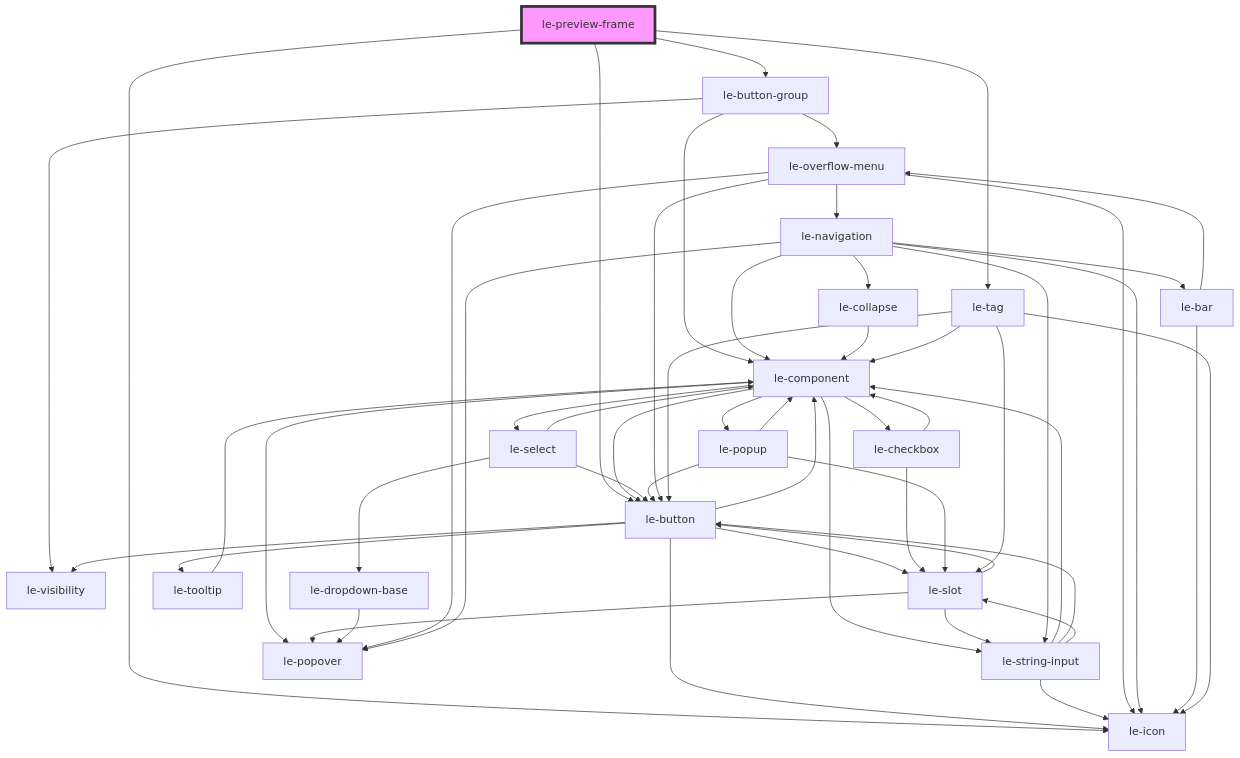
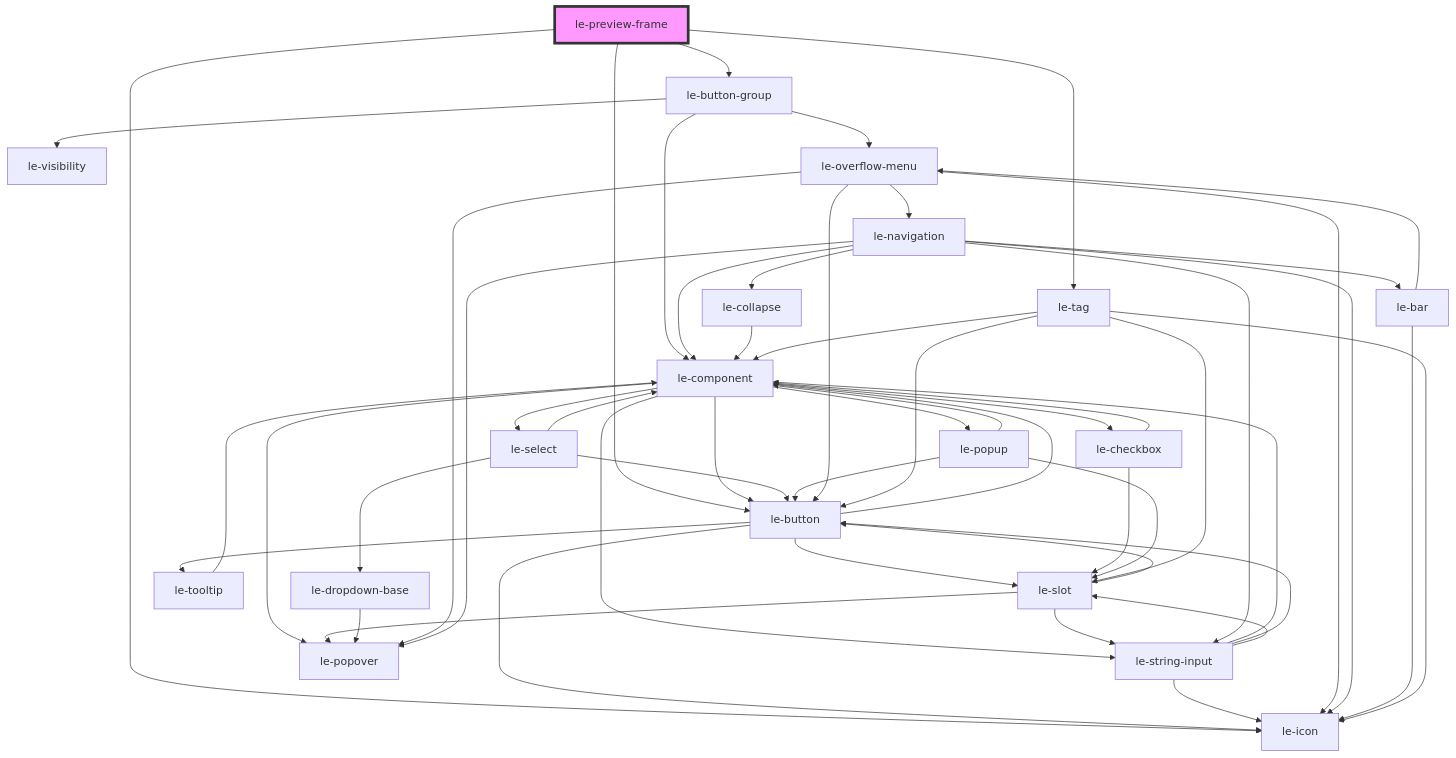
Before and after one commit to leechy/le-kit: the diagram in packages/core/src/components/le-preview-frame/readme.md, drawn with Mermaid. The commit also changed 36 other files, not shown here.

Commit message:
Rebuild with <le-button> missing <le-visibility> (all the readme's are updated)

````diff
--- a/packages/core/src/components/le-preview-frame/readme.md
+++ b/packages/core/src/components/le-preview-frame/readme.md
@@ -95,56 +95,55 @@
 ```mermaid
 graph TD;
   le-preview-frame --> le-button-group
   le-preview-frame --> le-button
   le-preview-frame --> le-icon
   le-preview-frame --> le-tag
+  le-button-group --> le-component
   le-button-group --> le-visibility
-  le-button-group --> le-component
   le-button-group --> le-overflow-menu
   le-component --> le-button
   le-component --> le-select
   le-component --> le-checkbox
   le-component --> le-string-input
   le-component --> le-popover
   le-component --> le-popup
   le-button --> le-icon
   le-button --> le-slot
-  le-button --> le-visibility
   le-button --> le-component
   le-button --> le-tooltip
   le-slot --> le-popover
   le-slot --> le-button
   le-slot --> le-string-input
   le-string-input --> le-component
   le-string-input --> le-button
   le-string-input --> le-icon
   le-string-input --> le-slot
   le-tooltip --> le-component
   le-select --> le-component
   le-select --> le-dropdown-base
   le-select --> le-button
   le-dropdown-base --> le-popover
   le-checkbox --> le-component
   le-checkbox --> le-slot
   le-popup --> le-slot
   le-popup --> le-button
   le-popup --> le-component
   le-overflow-menu --> le-navigation
   le-overflow-menu --> le-popover
   le-overflow-menu --> le-button
   le-overflow-menu --> le-icon
   le-navigation --> le-string-input
   le-navigation --> le-icon
   le-navigation --> le-collapse
   le-navigation --> le-popover
   le-navigation --> le-bar
   le-navigation --> le-component
   le-collapse --> le-component
   le-bar --> le-icon
   le-bar --> le-overflow-menu
   le-tag --> le-component
   le-tag --> le-slot
   le-tag --> le-button
   le-tag --> le-icon
   style le-preview-frame fill:#f9f,stroke:#333,stroke-width:4px
 ```
````
